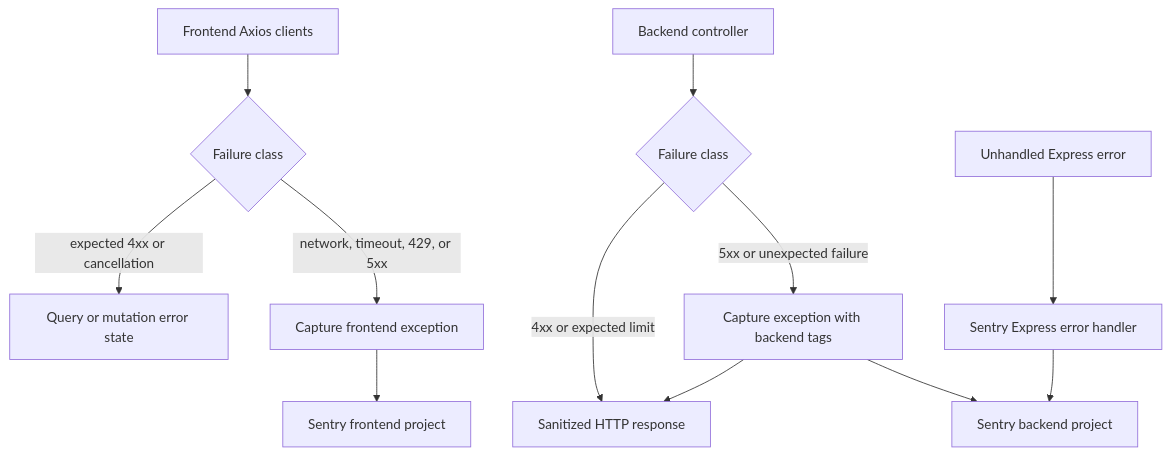
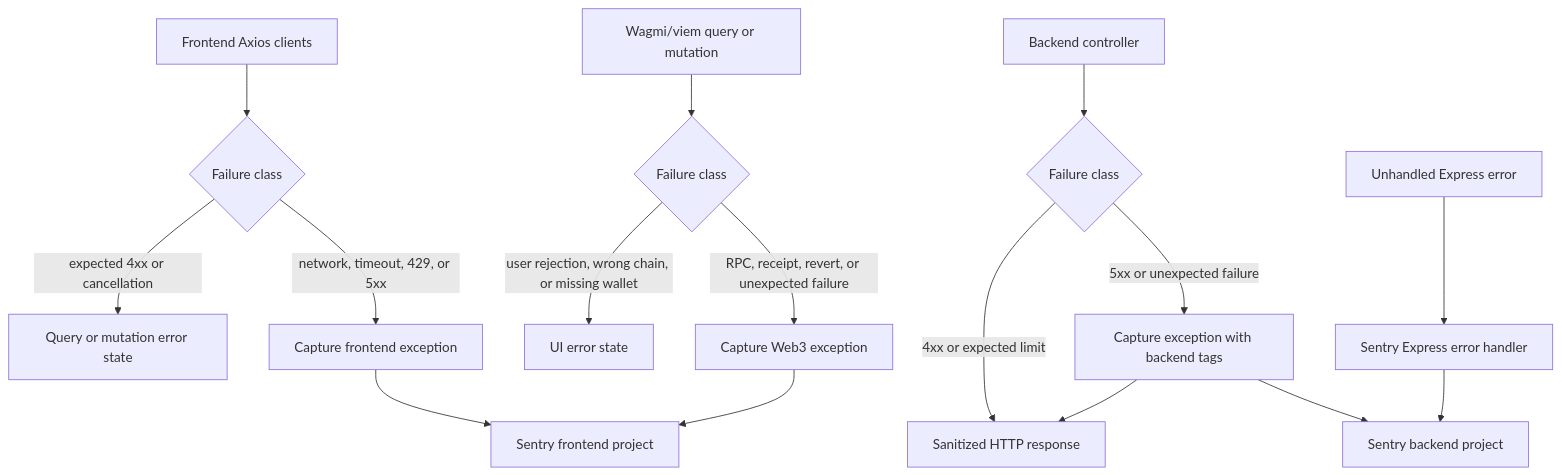
One commit to globe-and-citizen/cnc-portal changed the diagram in docs/implementation/error-tracking/README.md. Above: the diagram before and after it, drawn with Mermaid. The commit also changed other lines of this file and 5 other files, not shown here.

Commit message:
fix: 🐛 capture frontend Web3 failures in Sentry

````diff
--- a/docs/implementation/error-tracking/README.md
+++ b/docs/implementation/error-tracking/README.md
@@ -18,14 +18,18 @@
 ```mermaid
 flowchart TD
   frontend[Frontend Axios clients] --> frontendDecision{Failure class}
   frontendDecision -->|expected 4xx or cancellation| frontendResponse[Query or mutation error state]
   frontendDecision -->|network, timeout, 429, or 5xx| frontendCapture[Capture frontend exception]
   frontendCapture --> dashboard[Sentry frontend project]
+  web3[Wagmi/viem query or mutation] --> web3Decision{Failure class}
+  web3Decision -->|user rejection, wrong chain, or missing wallet| web3Response[UI error state]
+  web3Decision -->|RPC, receipt, revert, or unexpected failure| web3Capture[Capture Web3 exception]
+  web3Capture --> dashboard
   controller[Backend controller] --> decision{Failure class}
   decision -->|4xx or expected limit| response[Sanitized HTTP response]
   decision -->|5xx or unexpected failure| capture[Capture exception with backend tags]
   capture --> response
   capture --> backendDashboard[Sentry backend project]
   uncaught[Unhandled Express error] --> handler[Sentry Express error handler]
   handler --> backendDashboard
 ```
````
